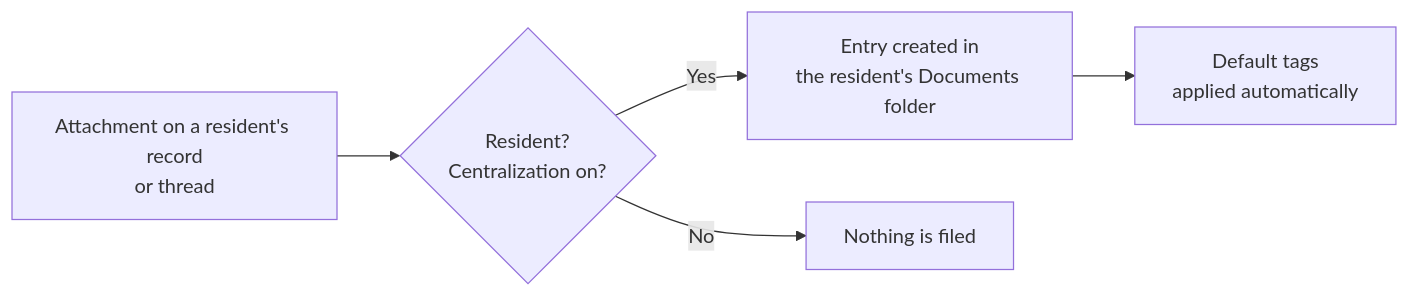
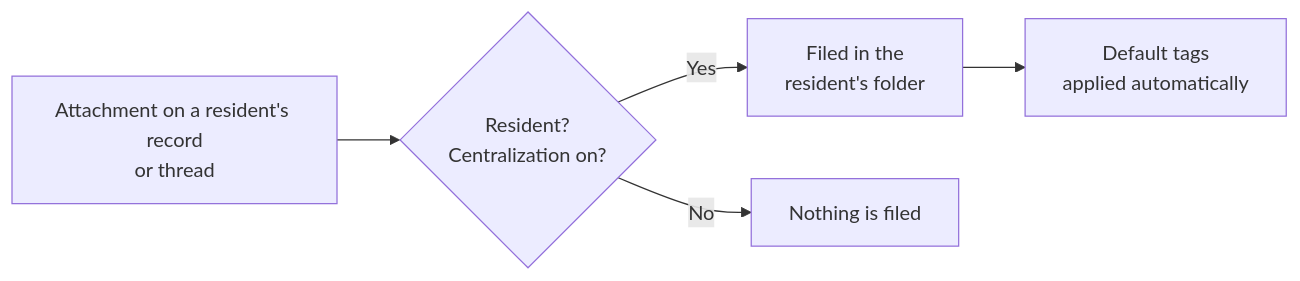
The diagram in content/documents/centralisation.md (lplg-europe/resthome-documentation), drawn with Mermaid before and after one commit. The commit also changed other lines of this file and 861 other files, not shown here.

````diff
--- a/content/documents/centralisation.md
+++ b/content/documents/centralisation.md
@@ -56,7 +51,7 @@
 ```mermaid
 graph LR
   A[Attachment on a resident's record<br/>or thread] --> B{Resident?<br/>Centralization on?}
-  B -->|Yes| C[Entry created in<br/>the resident's Documents folder]
+  B -->|Yes| C[Filed in the<br/>resident's folder]
   C --> D[Default tags<br/>applied automatically]
   B -->|No| E[Nothing is filed]
 ```
````
